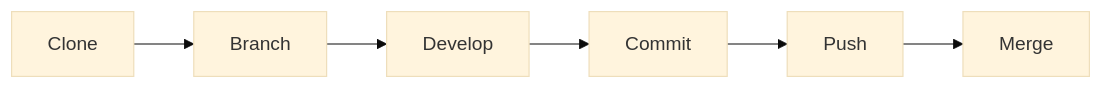
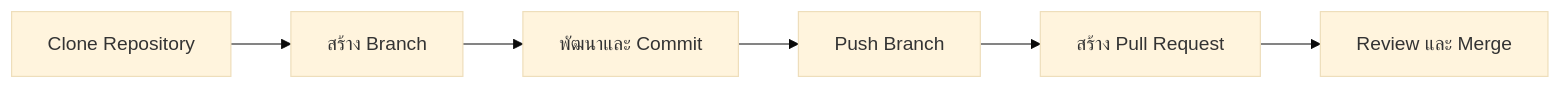
The second of 3 diagrams in README.md (fightgood/howto_git_basic), drawn with Mermaid (base theme) before and after one commit. The commit also changed other lines of this file, not shown here.

````diff
--- a/README.md
+++ b/README.md
@@ -547,8 +620,8 @@
 ```mermaid
 flowchart LR
-A[Clone] --> B[Branch]
-B --> C[Develop]
-C --> D[Commit]
-D --> E[Push]
-E --> F[Merge]
+A[Clone Repository] --> B[สร้าง Branch]
+B --> C[พัฒนาและ Commit]
+C --> D[Push Branch]
+D --> E[สร้าง Pull Request]
+E --> F[Review และ Merge]
 ```
````
